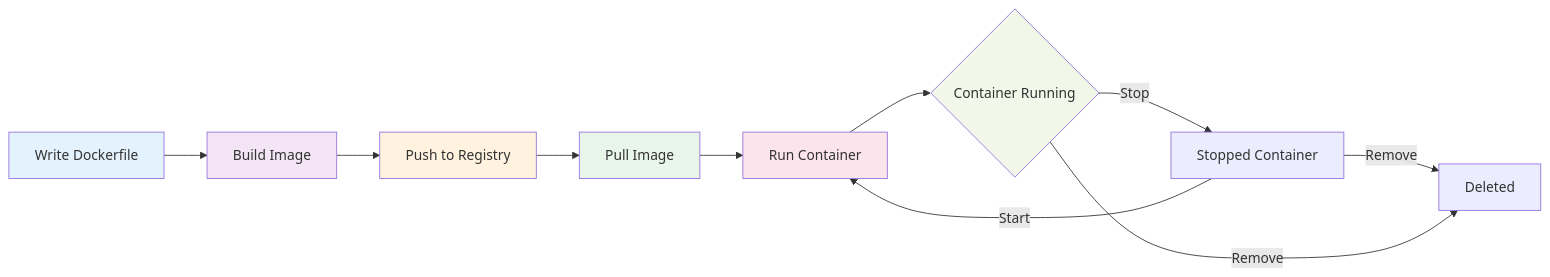
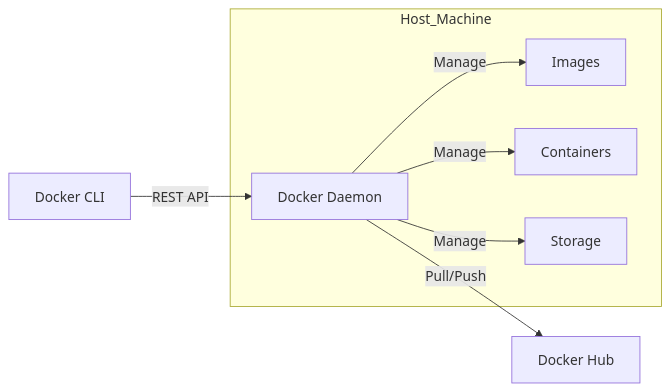
One commit to Ganil151/Devops changed the second of 2 diagrams in 1-Beginner/03-Phase-3/01-Container-Orchestration/Docker/01-Beginner/01-Introduction/README.md. Above: the diagram before and after it, drawn with Mermaid. The commit also changed other lines of this file and 77 other files, not shown here.

````diff
--- a/1-Beginner/03-Phase-3/01-Container-Orchestration/Docker/01-Beginner/01-Introduction/README.md
+++ b/1-Beginner/03-Phase-3/01-Container-Orchestration/Docker/01-Beginner/01-Introduction/README.md
@@ -211,19 +67,12 @@
 ```mermaid
-flowchart LR
-    A[Write Dockerfile] --> B[Build Image]
-    B --> C[Push to Registry]
-    C --> D[Pull Image]
-    D --> E[Run Container]
-    E --> F{Container Running}
-    F -->|Stop| G[Stopped Container]
-    G -->|Start| E
-    G -->|Remove| H[Deleted]
-    F -->|Remove| H
+graph LR
+    Client[Docker CLI] -->|REST API| Daemon[Docker Daemon]
     
-    style A fill:#e3f2fd
-    style B fill:#f3e5f5
-    style C fill:#fff3e0
-    style D fill:#e8f5e9
-    style E fill:#fce4ec
-    style F fill:#f1f8e9
+    subgraph Host_Machine
+    Daemon -->|Manage| Images[Images]
+    Daemon -->|Manage| Containers[Containers]
+    Daemon -->|Manage| Volumes[Storage]
+    end
+    
+    Daemon -->|Pull/Push| Hub[Docker Hub]
 ```
````
